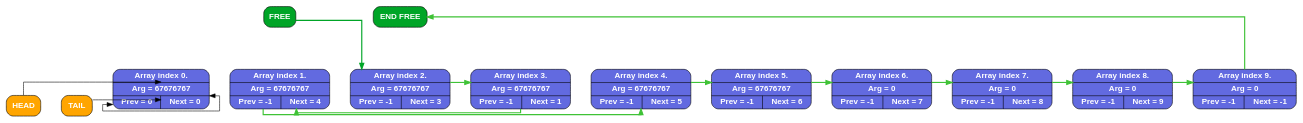
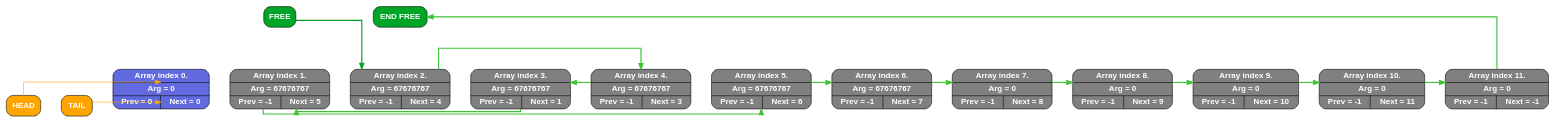
Before and after one commit to tikuznezov/Double_link_list: the diagram in DL_list.gv, drawn with Graphviz. The commit also changed 9 other files, not shown here.

```diff
--- a/DL_list.gv
+++ b/DL_list.gv
@@ -1,32 +1,47 @@
 
 
-digraph 363 {
-rankdir=LR; splines=ortho; nodesep = 1; bgcolor="#FFFFFF";node [shape = Mrecord, style = filled, fillcolor = "#626ae0", fontcolor = "#ffffff", fontname="Helvetica-Bold"];n0     [label="Array index     0.| Arg = 67676767 |{ Prev =     0 | Next =     0}"];
-n1     [label="Array index     1.| Arg = 67676767 |{ Prev =    -1 | Next =     4}"];
-n2     [label="Array index     2.| Arg = 67676767 |{ Prev =    -1 | Next =     3}"];
+digraph 106 {
+rankdir=LR; splines=ortho; nodesep = 1; bgcolor="#FFFFFF";node [shape = Mrecord, style = filled, fillcolor = "#626ae0", fontcolor = "#ffffff", fontname="Helvetica-Bold"];n0     [label="Array index     0.| Arg =        0 |{ Prev =     0 | Next =     0}"];
+n1     [label="Array index     1.| Arg = 67676767 |{ Prev =    -1 | Next =     5}"];
+n2     [label="Array index     2.| Arg = 67676767 |{ Prev =    -1 | Next =     4}"];
 n3     [label="Array index     3.| Arg = 67676767 |{ Prev =    -1 | Next =     1}"];
-n4     [label="Array index     4.| Arg = 67676767 |{ Prev =    -1 | Next =     5}"];
+n4     [label="Array index     4.| Arg = 67676767 |{ Prev =    -1 | Next =     3}"];
 n5     [label="Array index     5.| Arg = 67676767 |{ Prev =    -1 | Next =     6}"];
-n6     [label="Array index     6.| Arg =        0 |{ Prev =    -1 | Next =     7}"];
+n6     [label="Array index     6.| Arg = 67676767 |{ Prev =    -1 | Next =     7}"];
 n7     [label="Array index     7.| Arg =        0 |{ Prev =    -1 | Next =     8}"];
 n8     [label="Array index     8.| Arg =        0 |{ Prev =    -1 | Next =     9}"];
-n9     [label="Array index     9.| Arg =        0 |{ Prev =    -1 | Next =    -1}"];
+n9     [label="Array index     9.| Arg =        0 |{ Prev =    -1 | Next =    10}"];
+n10    [label="Array index    10.| Arg =        0 |{ Prev =    -1 | Next =    11}"];
+n11    [label="Array index    11.| Arg =        0 |{ Prev =    -1 | Next =    -1}"];
 n0 -> n1 [style=invis, weight=100];
 n1 -> n2 [style=invis, weight=100];
 n2 -> n3 [style=invis, weight=100];
 n3 -> n4 [style=invis, weight=100];
 n4 -> n5 [style=invis, weight=100];
 n5 -> n6 [style=invis, weight=100];
 n6 -> n7 [style=invis, weight=100];
 n7 -> n8 [style=invis, weight=100];
 n8 -> n9 [style=invis, weight=100];
-n0 -> n0 [constraint=false, dir=both];n2 -> n3 [constraint=false, color = "#3fc236", style = bold];n3 -> n1 [constraint=false, color = "#3fc236", style = bold];n1 -> n4 [constraint=false, color = "#3fc236", style = bold];n4 -> n5 [constraint=false, color = "#3fc236", style = bold];n5 -> n6 [constraint=false, color = "#3fc236", style = bold];n6 -> n7 [constraint=false, color = "#3fc236", style = bold];n7 -> n8 [constraint=false, color = "#3fc236", style = bold];n8 -> n9 [constraint=false, color = "#3fc236", style = bold];n9 -> n18446744073709551615 [constraint=false, color = "#3fc236", style = bold];free [label = "FREE", fillcolor = "#00a527"];
+n9 -> n10 [style=invis, weight=100];
+n10 -> n11 [style=invis, weight=100];
+n2 -> n4 [constraint=false, color = "#3fc236", style = bold];n2 [fillcolor = gray]
+n4 -> n3 [constraint=false, color = "#3fc236", style = bold];n4 [fillcolor = gray]
+n3 -> n1 [constraint=false, color = "#3fc236", style = bold];n3 [fillcolor = gray]
+n1 -> n5 [constraint=false, color = "#3fc236", style = bold];n1 [fillcolor = gray]
+n5 -> n6 [constraint=false, color = "#3fc236", style = bold];n5 [fillcolor = gray]
+n6 -> n7 [constraint=false, color = "#3fc236", style = bold];n6 [fillcolor = gray]
+n7 -> n8 [constraint=false, color = "#3fc236", style = bold];n7 [fillcolor = gray]
+n8 -> n9 [constraint=false, color = "#3fc236", style = bold];n8 [fillcolor = gray]
+n9 -> n10 [constraint=false, color = "#3fc236", style = bold];n9 [fillcolor = gray]
+n10 -> n11 [constraint=false, color = "#3fc236", style = bold];n10 [fillcolor = gray]
+n11 -> n18446744073709551615 [constraint=false, color = "#3fc236", style = bold];n11 [fillcolor = gray]
+free [label = "FREE", fillcolor = "#00a527"];
 n18446744073709551615 [label="END FREE", fillcolor = "#00a527"];
 free:w -> n18446744073709551615:e [style=invis, weight=100];
 free:e -> n2:n [color = "#00a527", style = bold];
 head [label = "HEAD", fillcolor = orange];
 tail [label = "TAIL", fillcolor = orange];
 head -> tail [style=invis, weight=100, dir = both];
-head -> n0:n;
-tail -> n0:n;
+head -> n0:n [color = orange];
+tail -> n0:n [color = orange];
 }
```
